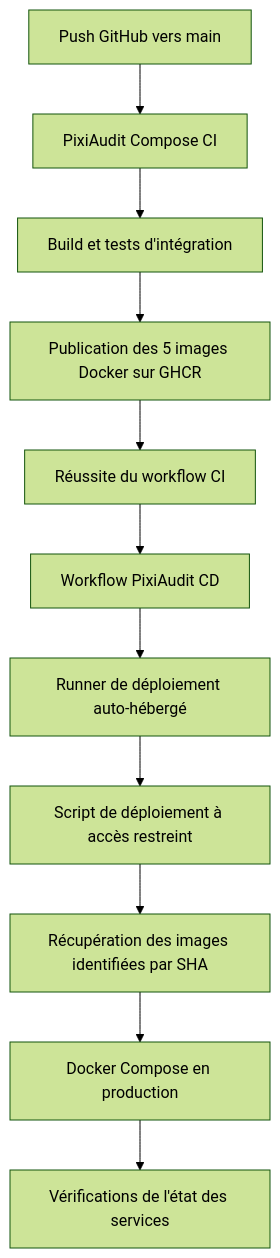
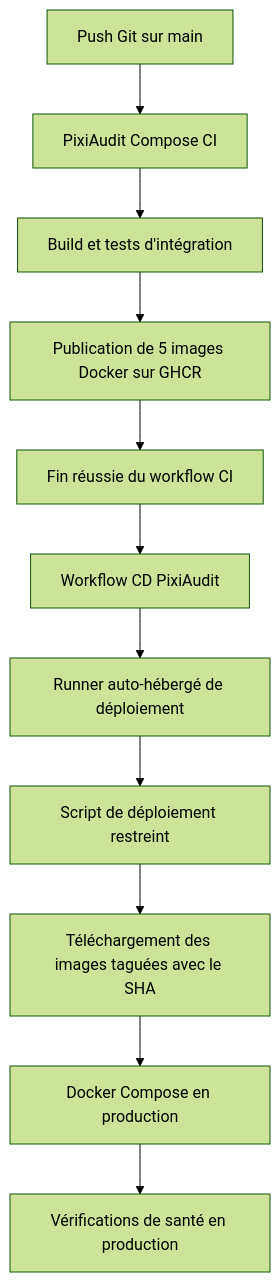
The second of 2 diagrams in README.fr.md (houssem1677/pixiaudit-devops), drawn with Mermaid (forest theme) before and after one commit. The commit also changed other lines of this file, not shown here.

````diff
--- a/README.fr.md
+++ b/README.fr.md
@@ -242,13 +242,13 @@
 ```mermaid
 flowchart TD
-    A["Push GitHub vers main"] --> B["PixiAudit Compose CI"]
+    A["Push Git sur main"] --> B["PixiAudit Compose CI"]
     B --> C["Build et tests d'intégration"]
-    C --> D["Publication des 5 images Docker sur GHCR"]
-    D --> E["Réussite du workflow CI"]
-    E --> F["Workflow PixiAudit CD"]
-    F --> G["Runner de déploiement auto-hébergé"]
-    G --> H["Script de déploiement à accès restreint"]
-    H --> I["Récupération des images identifiées par SHA"]
+    C --> D["Publication de 5 images Docker sur GHCR"]
+    D --> E["Fin réussie du workflow CI"]
+    E --> F["Workflow CD PixiAudit"]
+    F --> G["Runner auto-hébergé de déploiement"]
+    G --> H["Script de déploiement restreint"]
+    H --> I["Téléchargement des images taguées avec le SHA"]
     I --> J["Docker Compose en production"]
-    J --> K["Vérifications de l'état des services"]
+    J --> K["Vérifications de santé en production"]
 ```
````
